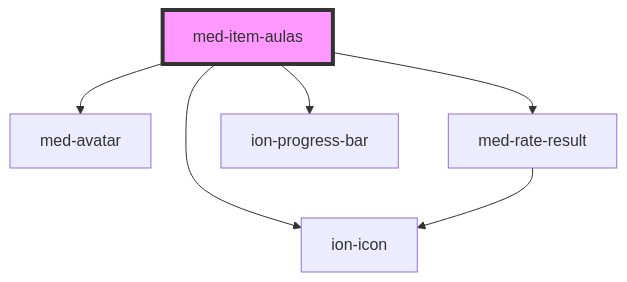
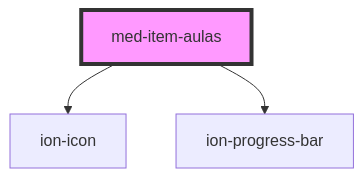
Before and after one commit to MEDGRUPOGIT/ionic-framework-1: the diagram in core/src/components/@medgrupo/global/med-item-aulas/readme.md, drawn with Mermaid. The commit also changed other lines of this file and 20 other files, not shown here.

````diff
--- a/core/src/components/@medgrupo/global/med-item-aulas/readme.md
+++ b/core/src/components/@medgrupo/global/med-item-aulas/readme.md
@@ -25,9 +33,6 @@
 ```mermaid
 graph TD;
-  med-item-aulas --> med-avatar
-  med-item-aulas --> med-rate-result
   med-item-aulas --> ion-icon
   med-item-aulas --> ion-progress-bar
-  med-rate-result --> ion-icon
   style med-item-aulas fill:#f9f,stroke:#333,stroke-width:4px
 ```
````
